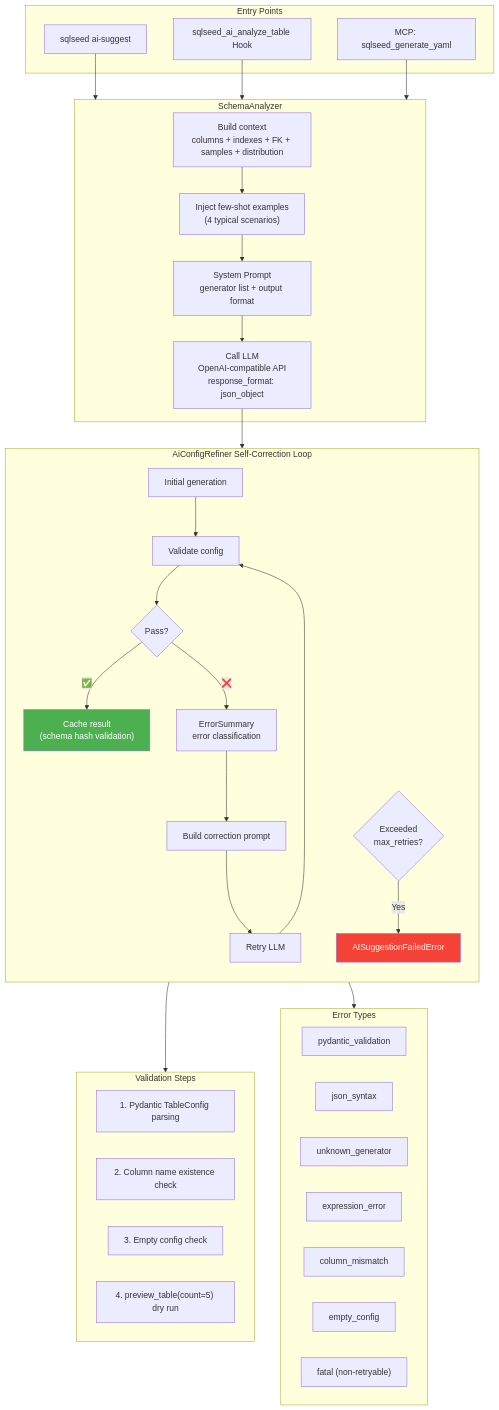
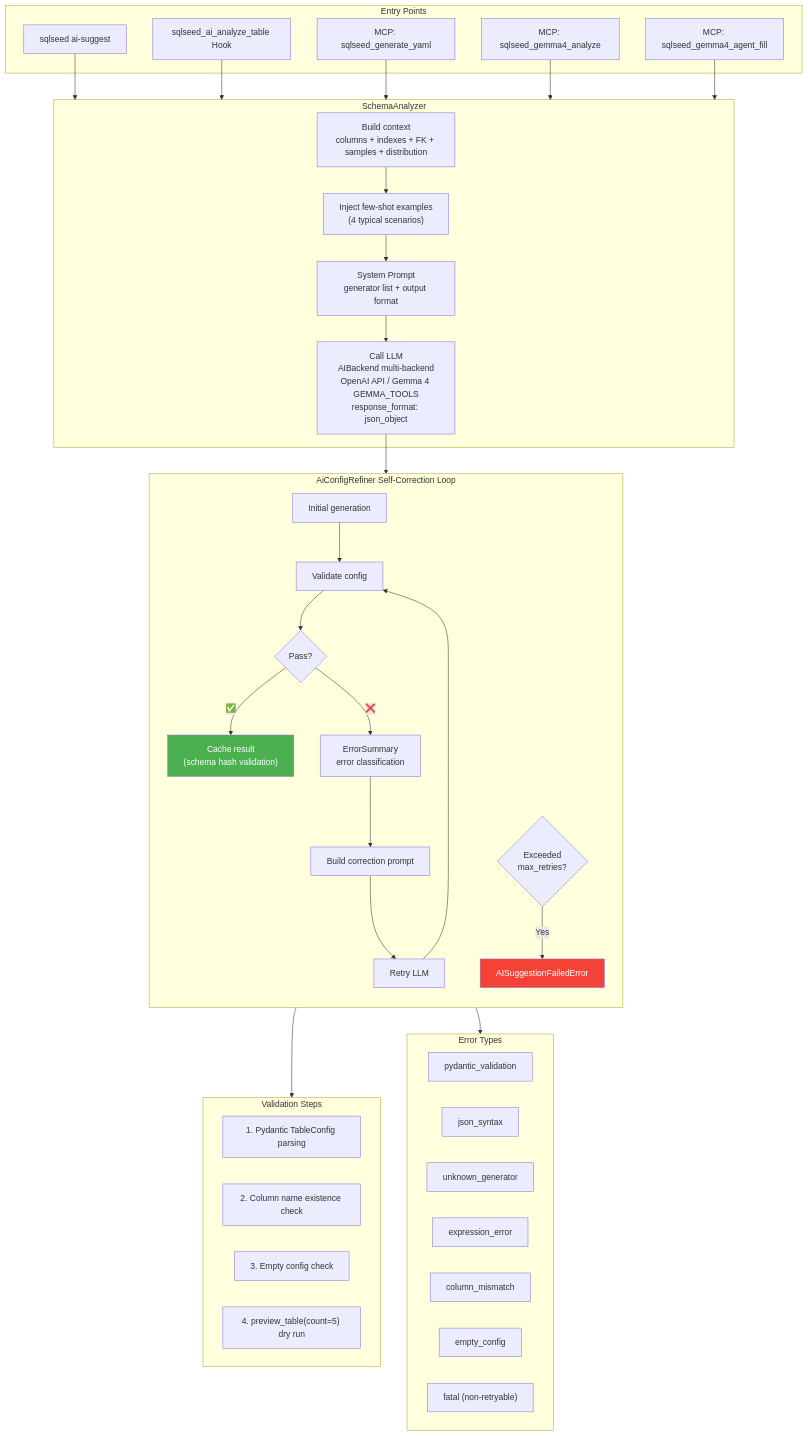
One commit to sunbos/sqlseed changed the seventh of 11 diagrams in docs/architecture.md. Above: the diagram before and after it, drawn with Mermaid. The commit also changed other lines of this file and 22 other files, not shown here.

First line of the commit message:
feat(ai): integrate Gemma 4 with Native Function Calling and multi-backend support

````diff
--- a/docs/architecture.md
+++ b/docs/architecture.md
@@ -423,64 +429,68 @@
 ```mermaid
 flowchart TB
     subgraph CLI_Trigger["Entry Points"]
         CLICmd["sqlseed ai-suggest"]
         HookCall["sqlseed_ai_analyze_table Hook"]
         MCPTool["MCP: sqlseed_generate_yaml"]
+        MCPGemma4Analyze["MCP: sqlseed_gemma4_analyze"]
+        MCPGemma4AgentFill["MCP: sqlseed_gemma4_agent_fill"]
     end
 
     subgraph Analyzer["SchemaAnalyzer"]
         Context["Build context<br/>columns + indexes + FK + samples + distribution"]
         FewShot["Inject few-shot examples<br/>(4 typical scenarios)"]
         SysPrompt["System Prompt<br/>generator list + output format"]
-        LLM["Call LLM<br/>OpenAI-compatible API<br/>response_format: json_object"]
+        LLM["Call LLM<br/>AIBackend multi-backend<br/>OpenAI API / Gemma 4 GEMMA_TOOLS<br/>response_format: json_object"]
     end
 
     subgraph Refiner["AiConfigRefiner Self-Correction Loop"]
         direction TB
         Init["Initial generation"]
         Validate["Validate config"]
         VCheck{"Pass?"}
         Cache["Cache result<br/>(schema hash validation)"]
         ErrorSum["ErrorSummary<br/>error classification"]
         FixPrompt["Build correction prompt"]
         Retry["Retry LLM"]
         MaxCheck{"Exceeded<br/>max_retries?"}
         FailErr["AISuggestionFailedError"]
 
         Init --> Validate --> VCheck
         VCheck -->|✅| Cache
         VCheck -->|❌| ErrorSum --> FixPrompt --> Retry
         Retry --> Validate
         MaxCheck -->|Yes| FailErr
     end
 
     subgraph Validation["Validation Steps"]
         V1["1. Pydantic TableConfig parsing"]
         V2["2. Column name existence check"]
         V3["3. Empty config check"]
         V4["4. preview_table(count=5) dry run"]
     end
 
     subgraph ErrorTypes["Error Types"]
         E1["pydantic_validation"]
         E2["json_syntax"]
         E3["unknown_generator"]
         E4["expression_error"]
         E5["column_mismatch"]
         E6["empty_config"]
         E7["fatal (non-retryable)"]
     end
 
     CLICmd --> Analyzer
     HookCall --> Analyzer
     MCPTool --> Analyzer
+    MCPGemma4Analyze --> Analyzer
+    MCPGemma4AgentFill --> Analyzer
 
     Context --> FewShot --> SysPrompt --> LLM
     LLM --> Refiner
 
     Validate --> Validation
     ErrorSum --> ErrorTypes
 
     style Cache fill:#4CAF50,color:#fff
     style FailErr fill:#F44336,color:#fff
 ```
````
